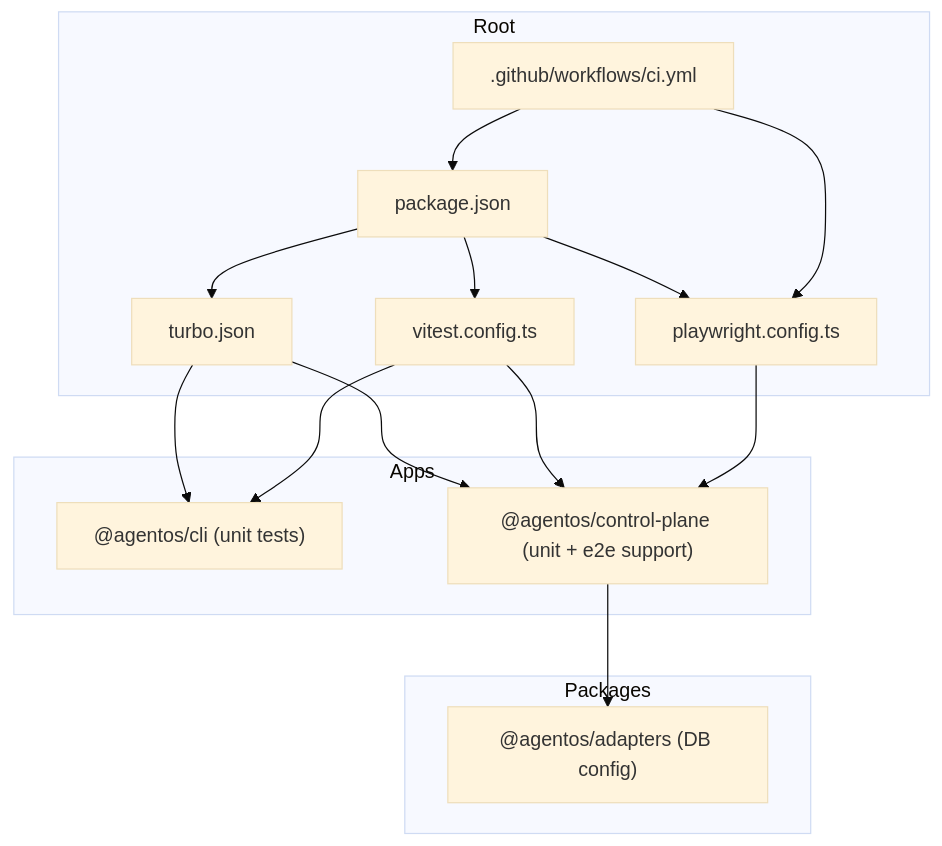
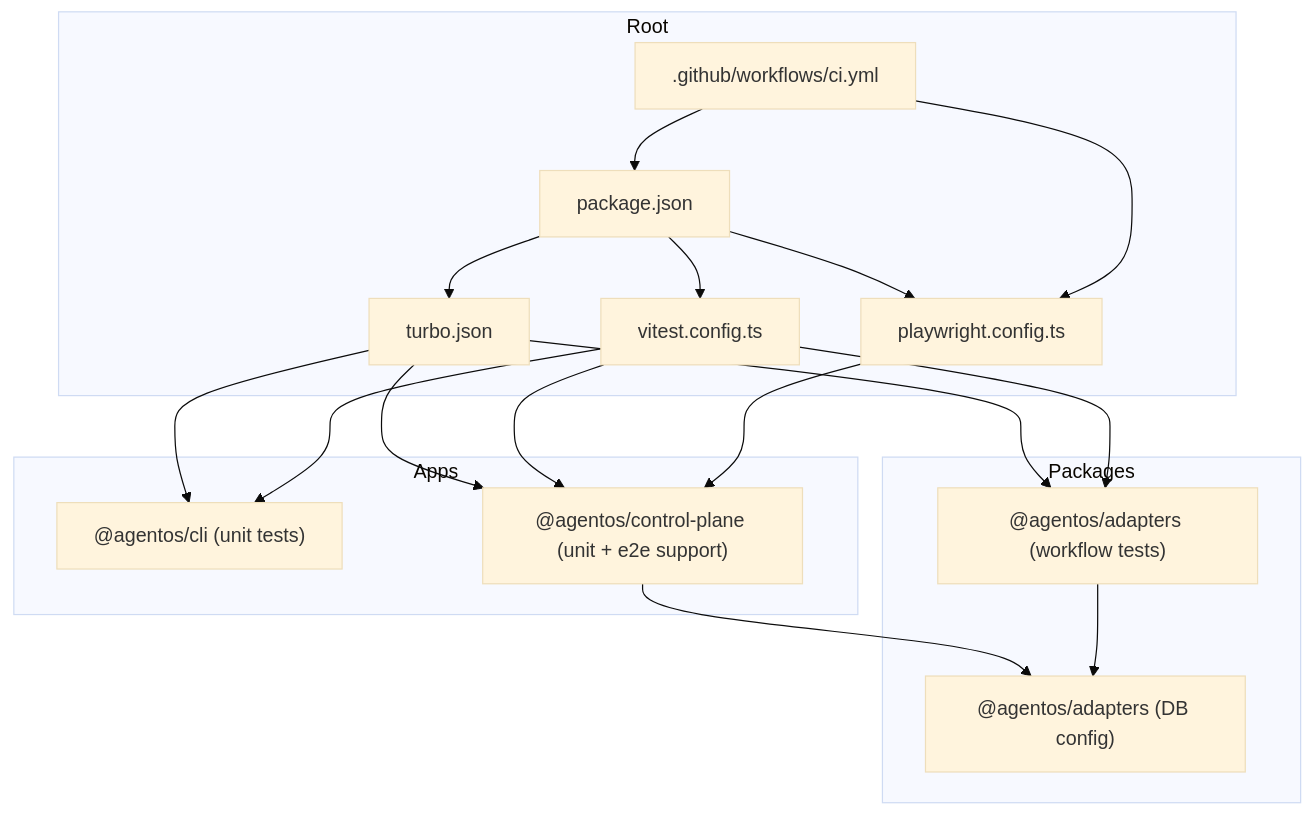
One commit to vmyazin/agent-os-passerine changed the first of 3 diagrams in .qoder/repowiki/en/content/Testing Strategy/Test Infrastructure.md. Above: the diagram before and after it, drawn with Mermaid (base theme). The commit also changed other lines of this file and 133 other files, not shown here.

````diff
--- a/.qoder/repowiki/en/content/Testing Strategy/Test Infrastructure.md
+++ b/.qoder/repowiki/en/content/Testing Strategy/Test Infrastructure.md
@@ -38,28 +46,32 @@
 ```mermaid
 graph TB
 subgraph "Root"
 P["package.json"]
 T["turbo.json"]
 V["vitest.config.ts"]
 PW["playwright.config.ts"]
 CI[".github/workflows/ci.yml"]
 end
 subgraph "Apps"
 CLI["@agentos/cli (unit tests)"]
 CP["@agentos/control-plane (unit + e2e support)"]
 end
 subgraph "Packages"
 ADP["@agentos/adapters (DB config)"]
+TRG["@agentos/adapters (workflow tests)"]
 end
 P --> T
 P --> V
 P --> PW
 T --> CLI
 T --> CP
+T --> TRG
 V --> CLI
 V --> CP
+V --> TRG
 PW --> CP
 CI --> P
 CI --> PW
 CP --> ADP
+TRG --> ADP
 ```
````
